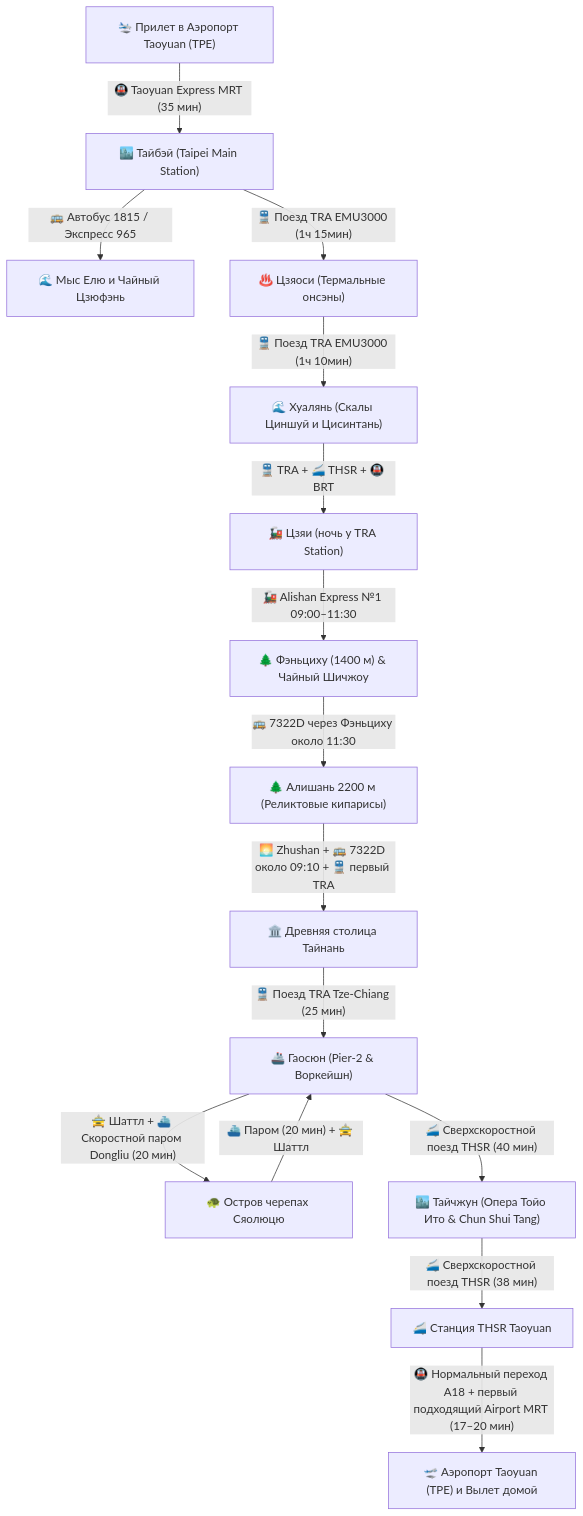
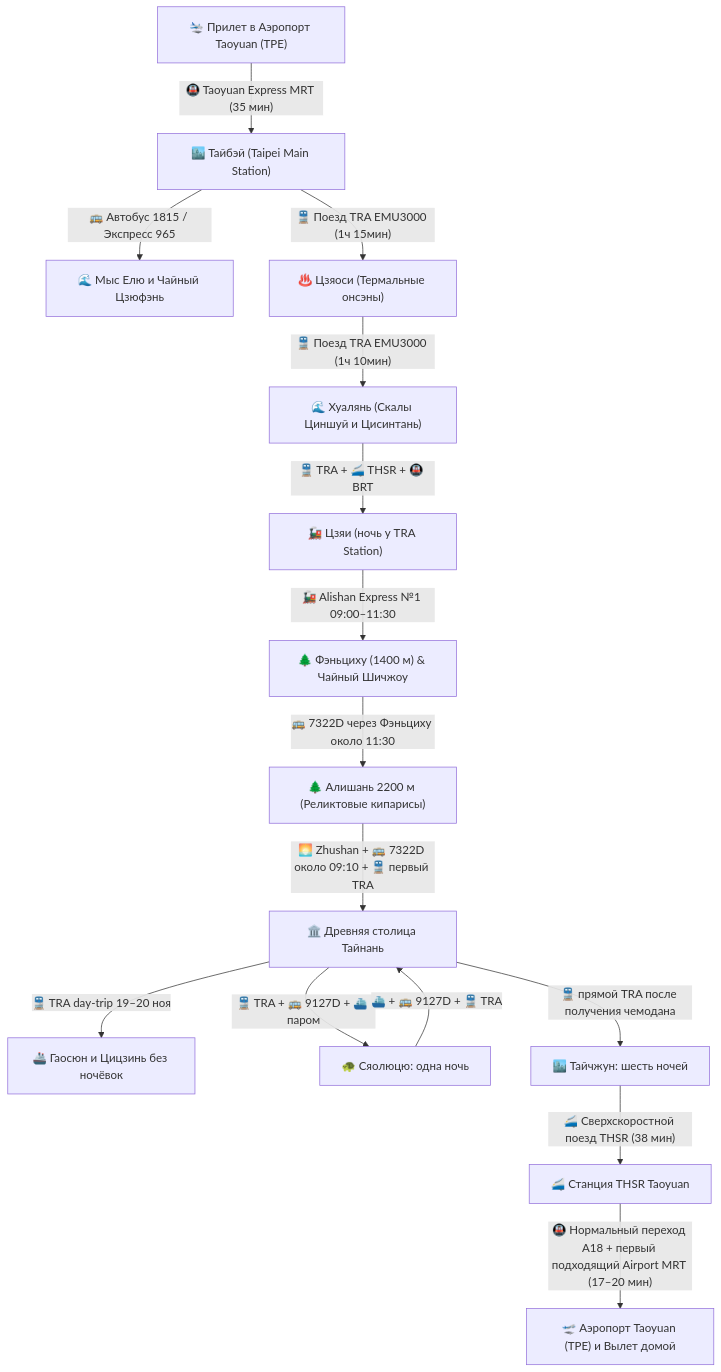
One commit to injurka/obsidian-mark changed the diagram in Personal Note/Travel/-- Taiwan/03 - Бронирования/Транспорт.md. Above: the diagram before and after it, drawn with Mermaid. The commit also changed other lines of this file and 26 other files, not shown here.

````diff
--- a/Personal Note/Travel/-- Taiwan/03 - Бронирования/Транспорт.md
+++ b/Personal Note/Travel/-- Taiwan/03 - Бронирования/Транспорт.md
@@ -9,17 +9,17 @@
 ```mermaid
 flowchart TD
     A["🛬 Прилет в Аэропорт Taoyuan (TPE)"] -->|"🚇 Taoyuan Express MRT (35 мин)"| B["🏙️ Тайбэй (Taipei Main Station)"]
     B -->|"🚌 Автобус 1815 / Экспресс 965"| C["🌊 Мыс Елю и Чайный Цзюфэнь"]
     B -->|"🚆 Поезд TRA EMU3000 (1ч 15мин)"| D["♨️ Цзяоси (Термальные онсэны)"]
     D -->|"🚆 Поезд TRA EMU3000 (1ч 10мин)"| E["🌊 Хуалянь (Скалы Циншуй и Цисинтань)"]
     E -->|"🚆 TRA + 🚄 THSR + 🚇 BRT"| F0["🚂 Цзяи (ночь у TRA Station)"]
     F0 -->|"🚂 Alishan Express №1 09:00–11:30"| F1["🌲 Фэньциху (1400 м) & Чайный Шичжоу"]
     F1 -->|"🚌 7322D через Фэньциху около 11:30"| G["🌲 Алишань 2200 м (Реликтовые кипарисы)"]
     G -->|"🌅 Zhushan + 🚌 7322D около 09:10 + 🚆 первый TRA"| H["🏛️ Древняя столица Тайнань"]
-    H -->|"🚆 Поезд TRA Tze-Chiang (25 мин)"| I["🚢 Гаосюн (Pier-2 & Воркейшн)"]
-    I -->|"🚖 Шаттл + ⛴️ Скоростной паром Dongliu (20 мин)"| J["🐢 Остров черепах Сяолюцю"]
-    J -->|"⛴️ Паром (20 мин) + 🚖 Шаттл"| I
-    I -->|"🚄 Сверхскоростной поезд THSR (40 мин)"| K["🏙️ Тайчжун (Опера Тойо Ито & Chun Shui Tang)"]
+    H -->|"🚆 TRA day-trip 19–20 ноя"| I["🚢 Гаосюн и Цицзинь без ночёвок"]
+    H -->|"🚆 TRA + 🚌 9127D + ⛴️ паром"| J["🐢 Сяолюцю: одна ночь"]
+    J -->|"⛴️ + 🚌 9127D + 🚆 TRA"| H
+    H -->|"🚆 прямой TRA после получения чемодана"| K["🏙️ Тайчжун: шесть ночей"]
     K -->|"🚄 Сверхскоростной поезд THSR (38 мин)"| L["🚄 Станция THSR Taoyuan"]
     L -->|"🚇 Нормальный переход A18 + первый подходящий Airport MRT (17–20 мин)"| M["🛫 Аэропорт Taoyuan (TPE) и Вылет домой"]
 ```
````
